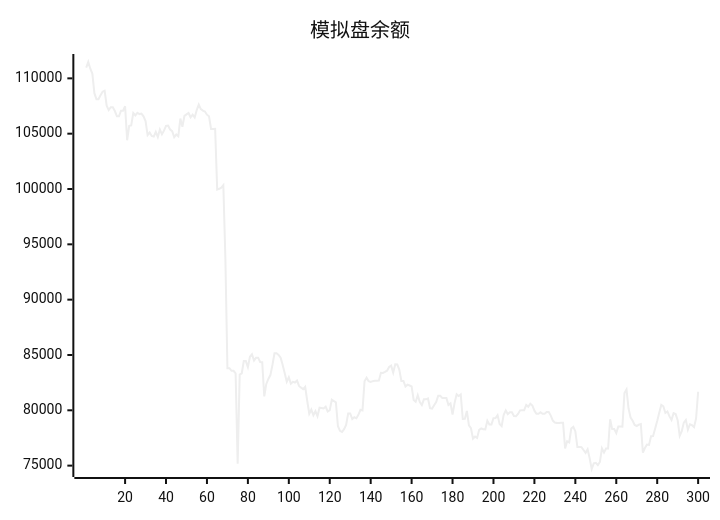
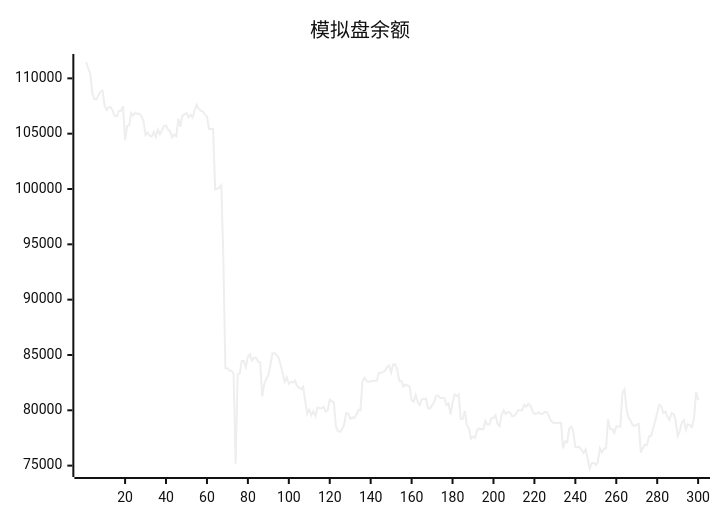
One commit to aahl/ai-trading changed the diagram in README.md. Above: the diagram before and after it, drawn with Mermaid (neutral theme). The commit also changed other lines of this file and 1 other file, not shown here.

````diff
--- a/README.md
+++ b/README.md
@@ -5,5 +5,5 @@
 ```mermaid
 xychart
     title "模拟盘余额"
-    line [110968,111478,110870,110433,108661,108116,108115,108485,108797,108877,107536,107134,107393,107393,107046,106565,106565,107081,107081,107478,104404,105715,105749,106866,106651,106889,106771,106816,106565,106141,104876,105103,104796,104734,105169,104690,105380,104941,105272,105709,105739,105374,105227,104691,104924,104762,106364,105628,106608,106748,106872,106485,106721,106468,107132,107620,107224,107080,107001,106717,106567,105431,105431,105440,99950,100017,100113,100337,93749,83795,83807,83567,83567,83342,75168,83222,83336,84448,84449,83896,84839,85065,84499,84757,84757,84364,84347,81254,82385,82835,83184,84099,85150,85150,85002,84751,84096,83356,82582,82983,82404,82572,82512,82688,82200,82047,81920,82125,80840,79688,80060,79552,79920,79470,80236,80208,80170,80336,79894,80006,80954,80837,80712,78561,78139,78037,78293,78682,79720,79720,79214,79372,79279,79591,80046,79993,82625,82950,82626,82571,82633,82670,82670,82681,83386,83378,83464,83579,83920,84037,83402,84160,84142,83652,82655,82655,82145,82315,82243,82163,80934,80770,81371,80742,80468,80989,80989,81067,80191,80155,80450,80737,81309,81309,81106,81119,81119,80471,80631,79624,80670,81448,81290,81429,79212,79222,79940,78643,78380,77432,77623,77504,78235,78358,78284,78277,79048,78714,78714,79290,79308,79567,78763,78563,79603,79988,79652,79813,79813,79476,79469,79673,79995,80015,80015,80486,80314,80600,80436,79966,79689,79689,79819,79692,79692,79850,79850,79518,79071,78889,78850,78850,78878,78878,76554,77202,77103,78357,78510,78106,76678,76677,76672,76411,76159,76485,75656,74695,75197,75246,75052,75334,76564,76179,76553,76551,79196,78300,78300,77944,78531,78531,78521,81564,81884,80160,79335,79055,78675,78580,78708,78764,76179,76586,76902,76876,77658,77669,78346,79023,79769,80497,80366,79761,79896,79448,79126,79749,79658,79097,77695,78114,78888,79126,78249,78738,78653,78478,79271,81680]
+    line [111478,110870,110433,108661,108116,108115,108485,108797,108877,107536,107134,107393,107393,107046,106565,106565,107081,107081,107478,104404,105715,105749,106866,106651,106889,106771,106816,106565,106141,104876,105103,104796,104734,105169,104690,105380,104941,105272,105709,105739,105374,105227,104691,104924,104762,106364,105628,106608,106748,106872,106485,106721,106468,107132,107620,107224,107080,107001,106717,106567,105431,105431,105440,99950,100017,100113,100337,93749,83795,83807,83567,83567,83342,75168,83222,83336,84448,84449,83896,84839,85065,84499,84757,84757,84364,84347,81254,82385,82835,83184,84099,85150,85150,85002,84751,84096,83356,82582,82983,82404,82572,82512,82688,82200,82047,81920,82125,80840,79688,80060,79552,79920,79470,80236,80208,80170,80336,79894,80006,80954,80837,80712,78561,78139,78037,78293,78682,79720,79720,79214,79372,79279,79591,80046,79993,82625,82950,82626,82571,82633,82670,82670,82681,83386,83378,83464,83579,83920,84037,83402,84160,84142,83652,82655,82655,82145,82315,82243,82163,80934,80770,81371,80742,80468,80989,80989,81067,80191,80155,80450,80737,81309,81309,81106,81119,81119,80471,80631,79624,80670,81448,81290,81429,79212,79222,79940,78643,78380,77432,77623,77504,78235,78358,78284,78277,79048,78714,78714,79290,79308,79567,78763,78563,79603,79988,79652,79813,79813,79476,79469,79673,79995,80015,80015,80486,80314,80600,80436,79966,79689,79689,79819,79692,79692,79850,79850,79518,79071,78889,78850,78850,78878,78878,76554,77202,77103,78357,78510,78106,76678,76677,76672,76411,76159,76485,75656,74695,75197,75246,75052,75334,76564,76179,76553,76551,79196,78300,78300,77944,78531,78531,78521,81564,81884,80160,79335,79055,78675,78580,78708,78764,76179,76586,76902,76876,77658,77669,78346,79023,79769,80497,80366,79761,79896,79448,79126,79749,79658,79097,77695,78114,78888,79126,78249,78738,78653,78478,79271,81680,80923]
 ```
````
